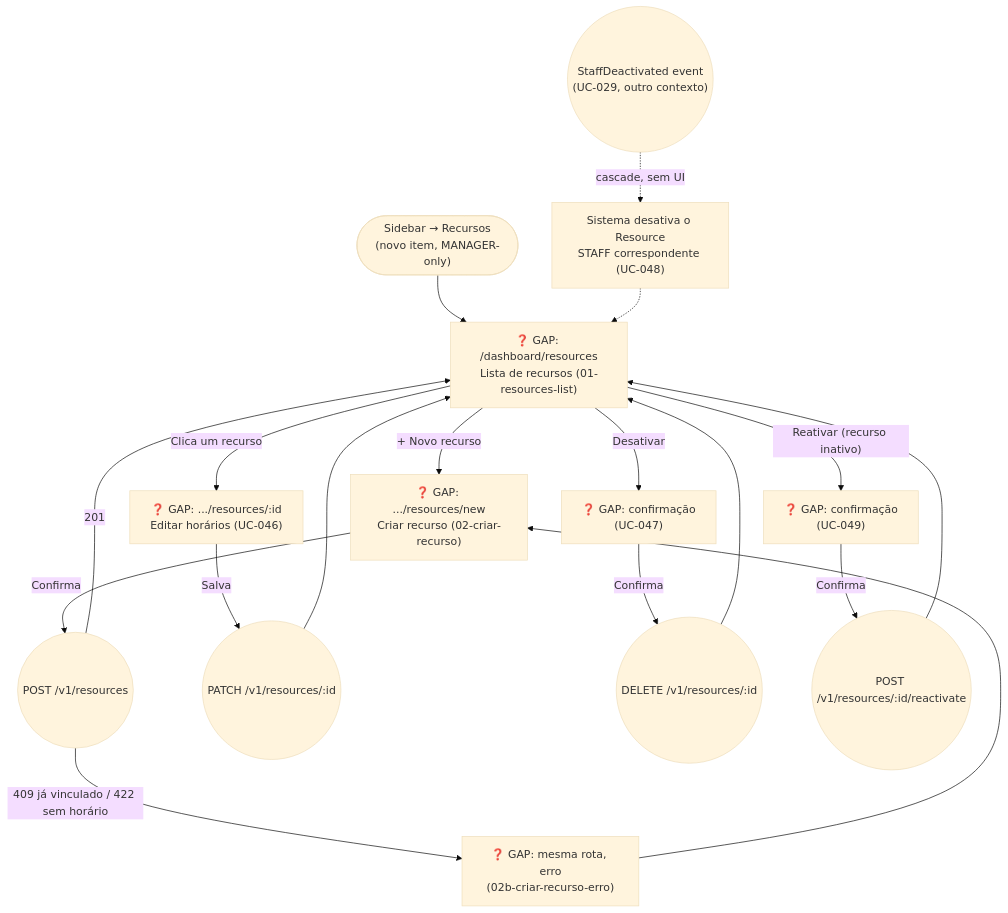
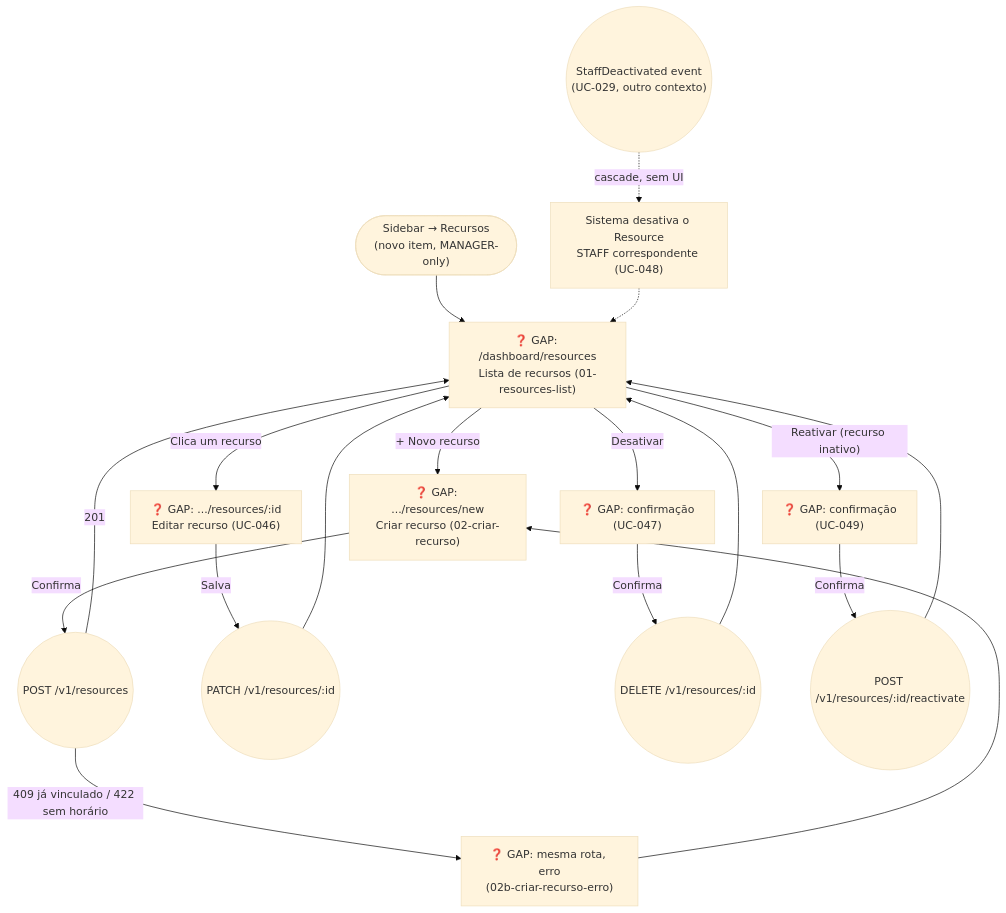
The diagram in plan/journey/manager/resources.md (lmmoreira/ikaro), drawn with Mermaid (base theme) before and after one commit. The commit also changed other lines of this file and 71 other files, not shown here.

````diff
--- a/plan/journey/manager/resources.md
+++ b/plan/journey/manager/resources.md
@@ -12,27 +12,27 @@
 ```mermaid
 flowchart TD
     classDef gap stroke:#f00,stroke-dasharray: 5 5,fill:#fee
 
     Start(["Sidebar → Recursos<br/>(novo item, MANAGER-only)"]) --> List["❓ GAP: /dashboard/resources<br/>Lista de recursos (01-resources-list)"]
 
     List -->|"+ Novo recurso"| Create["❓ GAP: .../resources/new<br/>Criar recurso (02-criar-recurso)"]
     Create -->|"Confirma"| CreateCall(("POST /v1/resources"))
     CreateCall -->|"201"| List
     CreateCall -->|"409 já vinculado / 422 sem horário"| CreateErr["❓ GAP: mesma rota, erro<br/>(02b-criar-recurso-erro)"]
     CreateErr --> Create
 
-    List -->|"Clica um recurso"| EditHours["❓ GAP: .../resources/:id<br/>Editar horários (UC-046)"]
-    EditHours -->|"Salva"| EditCall(("PATCH /v1/resources/:id"))
+    List -->|"Clica um recurso"| EditResource["❓ GAP: .../resources/:id<br/>Editar recurso (UC-046)"]
+    EditResource -->|"Salva"| EditCall(("PATCH /v1/resources/:id"))
     EditCall --> List
 
     List -->|"Desativar"| Deactivate["❓ GAP: confirmação<br/>(UC-047)"]
     Deactivate -->|"Confirma"| DeactivateCall(("DELETE /v1/resources/:id"))
     DeactivateCall --> List
 
     List -->|"Reativar (recurso inativo)"| Reactivate["❓ GAP: confirmação<br/>(UC-049)"]
     Reactivate -->|"Confirma"| ReactivateCall(("POST /v1/resources/:id/reactivate"))
     ReactivateCall --> List
 
     StaffDeactivated(("StaffDeactivated event<br/>(UC-029, outro contexto)")) -.->|"cascade, sem UI"| CascadeNote["Sistema desativa o Resource<br/>STAFF correspondente (UC-048)"]
     CascadeNote -.-> List
 ```
````
